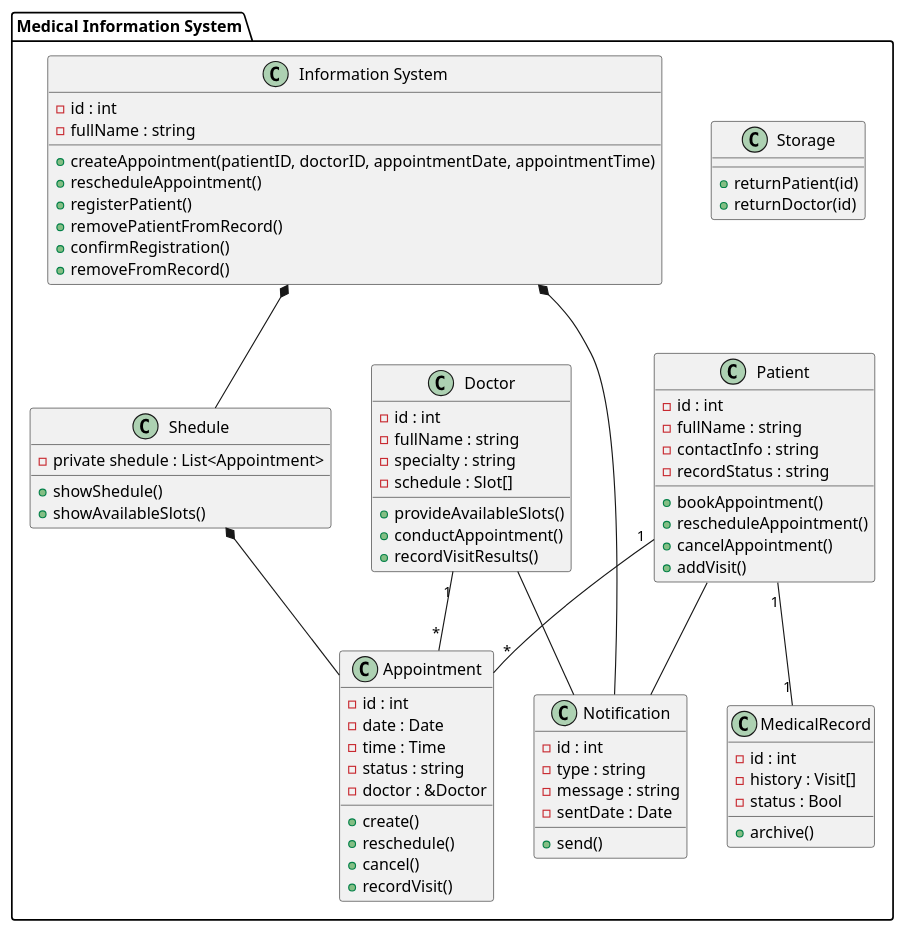
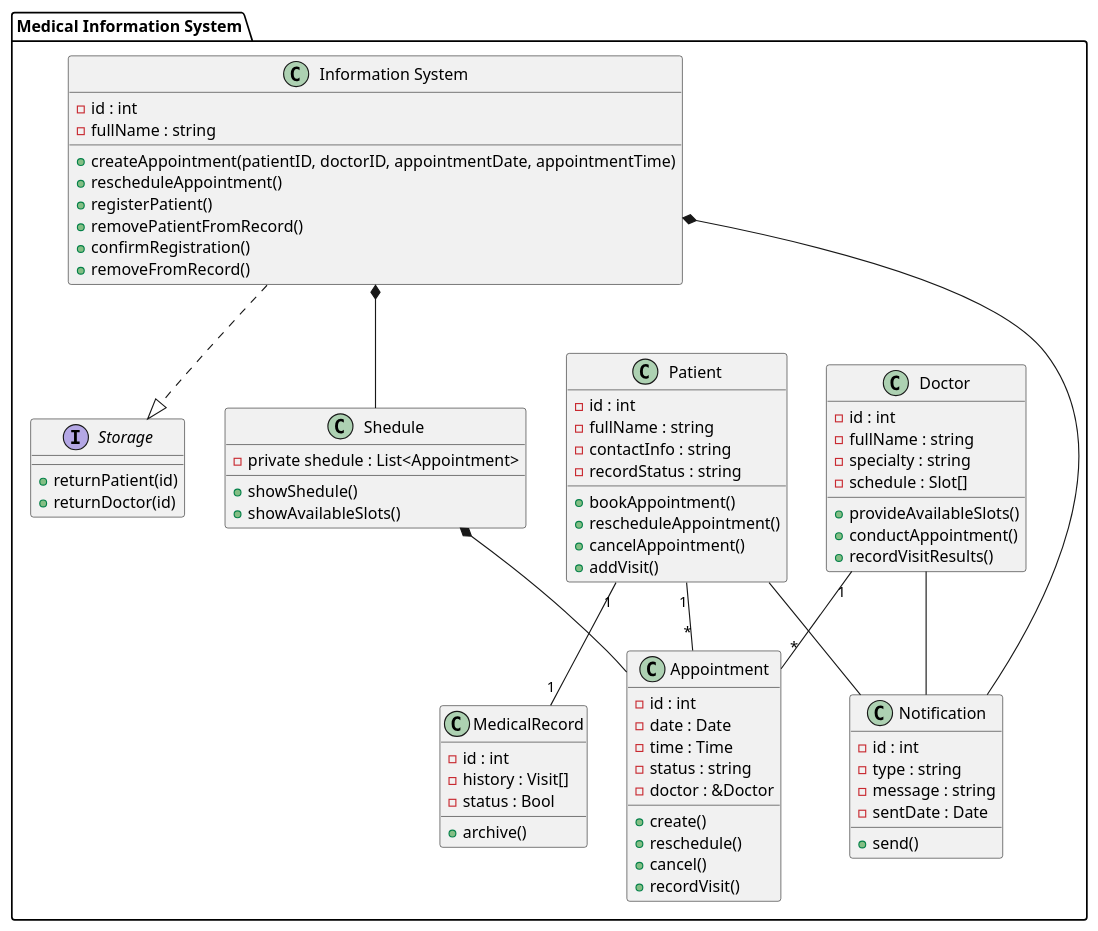
The diagram in class_diagram.puml (penamarth/bsbo-13-23_team3_var3_clinic), drawn with PlantUML before and after one commit.

Commit message:
Update class_diagram.puml
Storage is an Interface, connected to Information System

```diff
--- a/class_diagram.puml
+++ b/class_diagram.puml
@@ -1,84 +1,85 @@
 @startuml
 package "Medical Information System" {
 
-class Storage {
+interface Storage {
   + returnPatient(id)
   + returnDoctor(id)
 }
 
 class Patient {
   - id : int
   - fullName : string
   - contactInfo : string
   - recordStatus : string
   + bookAppointment()
   + rescheduleAppointment()
   + cancelAppointment()
   + addVisit()
 }
 
 class "Information System" {
   - id : int
   - fullName : string
   + createAppointment(patientID, doctorID, appointmentDate, appointmentTime)
   + rescheduleAppointment()
   + registerPatient()
   + removePatientFromRecord()
   + confirmRegistration()
   + removeFromRecord()
 }
 
 class Doctor {
   - id : int
   - fullName : string
   - specialty : string
   - schedule : Slot[]
   + provideAvailableSlots()
   + conductAppointment()
   + recordVisitResults()
 }
 
 class Shedule {
   - private shedule : List<Appointment>
   + showShedule()
   + showAvailableSlots()
 }
 
 class Appointment {
   - id : int
   - date : Date
   - time : Time
   - status : string
   - doctor : &Doctor
   + create()
   + reschedule()
   + cancel()
   + recordVisit()
 }
 
 class MedicalRecord {
   - id : int
   - history : Visit[]
   - status : Bool
   + archive()
 }
 
 class Notification {
   - id : int
   - type : string
   - message : string
   - sentDate : Date
   + send()
 }
 
 Patient "1" -- "1" MedicalRecord
 Patient "1" -- "*" Appointment
 Patient -- Notification
 Doctor -- Notification
 Doctor "1" -- "*" Appointment
 
 "Information System" *-- Shedule
 "Information System" *-- Notification
+"Information System" ..|> Storage
 Shedule *-- Appointment
 }
 @enduml
```
